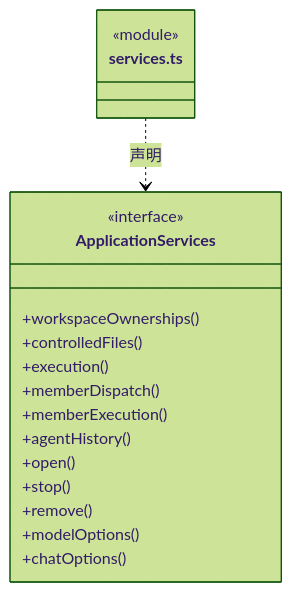
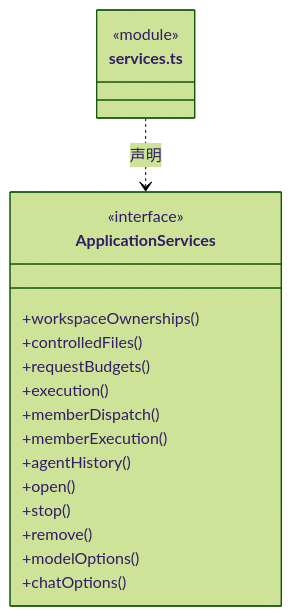
Before and after one commit to nan023062/cbim: the third of 4 diagrams in src/backend/main/ipc/ARCHITECTURE.md, drawn with Mermaid (forest theme). The commit also changed other lines of this file and 65 other files, not shown here.

````diff
--- a/src/backend/main/ipc/ARCHITECTURE.md
+++ b/src/backend/main/ipc/ARCHITECTURE.md
@@ -63,21 +63,22 @@
 ```mermaid
 classDiagram
 class N_src_backend_main_ipc_services_ts["services.ts"] {
   <<module>>
 }
 class N_src_backend_main_ipc_services_ts_ApplicationServices["ApplicationServices"] {
   <<interface>>
   +workspaceOwnerships()
   +controlledFiles()
+  +requestBudgets()
   +execution()
   +memberDispatch()
   +memberExecution()
   +agentHistory()
   +open()
   +stop()
   +remove()
   +modelOptions()
   +chatOptions()
 }
 N_src_backend_main_ipc_services_ts ..> N_src_backend_main_ipc_services_ts_ApplicationServices : 声明
 ```
````
